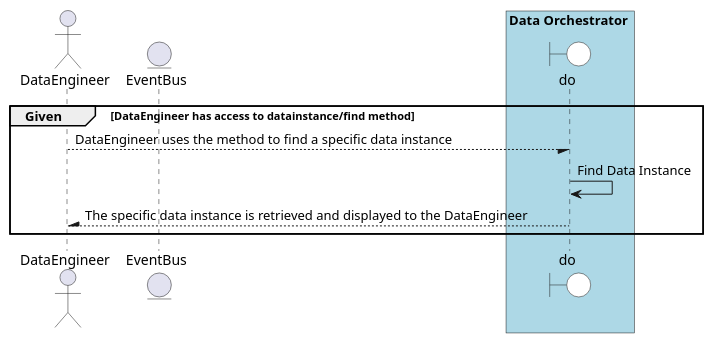
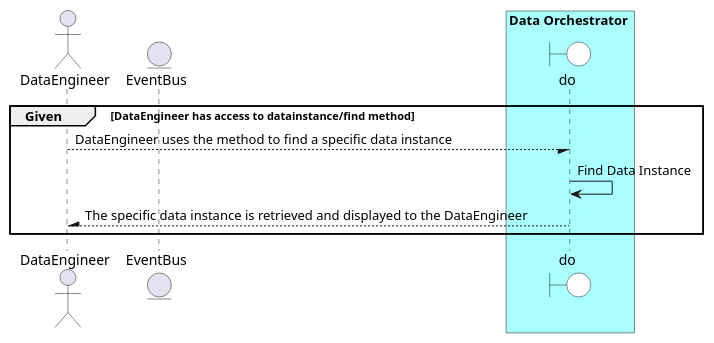
One commit to madajaju/edgemere changed the diagram in docs/edgemere/diml/dml/do/usecases/managedatainstances/FindDataInstance.puml. Above: the diagram before and after it, drawn with PlantUML. The commit also changed 909 other files, not shown here.

```diff
--- a/docs/edgemere/diml/dml/do/usecases/managedatainstances/FindDataInstance.puml
+++ b/docs/edgemere/diml/dml/do/usecases/managedatainstances/FindDataInstance.puml
@@ -1,26 +1,26 @@
 @startuml
 
 
 actor "DataEngineer"
 
 
 entity EventBus
 
-box Data Orchestrator #lightblue
+box Data Orchestrator #aaffff
     boundary do #white
 end box
 
 
 group Given [DataEngineer has access to datainstance/find method]
 
 "DataEngineer" --/ do: DataEngineer uses the method to find a specific data instance
 "do" -> do: Find Data Instance
 
 
 
 "DataEngineer" /-- do: The specific data instance is retrieved and displayed to the DataEngineer
 
 
 end
 
 @enduml
```
